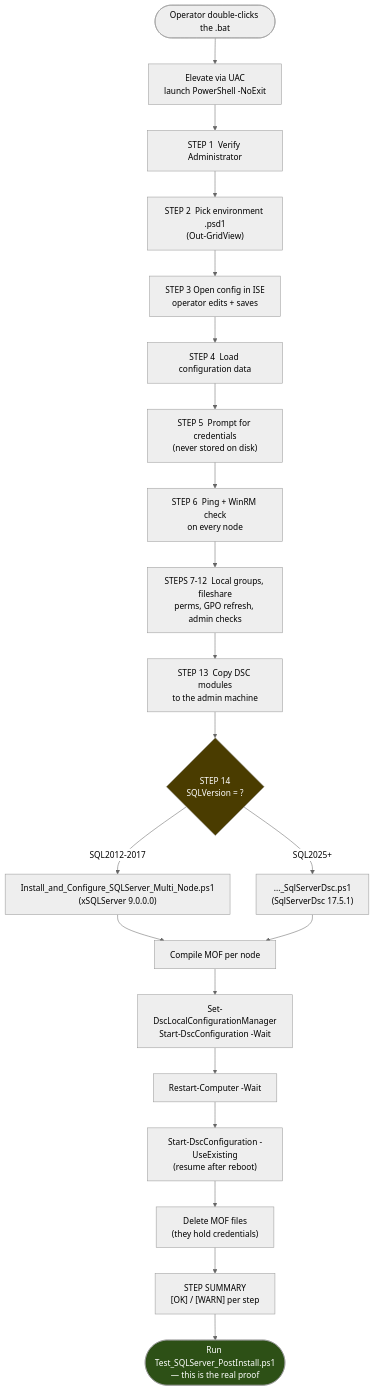
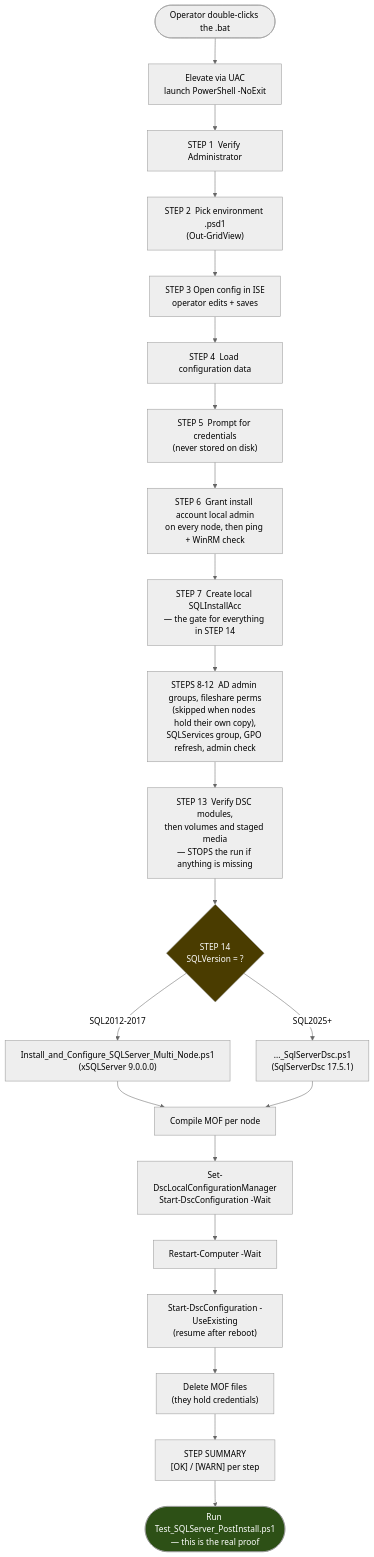
The second of 7 diagrams in SQLInstall/docs/INSTALLATION_FLOW.md (teramuhs-lab/random_repo), drawn with Mermaid (neutral theme) before and after one commit. The commit also changed other lines of this file and 2 other files, not shown here.

````diff
--- a/SQLInstall/docs/INSTALLATION_FLOW.md
+++ b/SQLInstall/docs/INSTALLATION_FLOW.md
@@ -65,28 +65,29 @@
 ```mermaid
 flowchart TD
     START([Operator double-clicks the .bat]) --> ELEV["Elevate via UAC<br/>launch PowerShell -NoExit"]
     ELEV --> S1["STEP 1  Verify Administrator"]
     S1 --> S2["STEP 2  Pick environment .psd1<br/>(Out-GridView)"]
     S2 --> S3["STEP 3  Open config in ISE<br/>operator edits + saves"]
     S3 --> S4["STEP 4  Load configuration data"]
     S4 --> S5["STEP 5  Prompt for credentials<br/>(never stored on disk)"]
-    S5 --> S6["STEP 6  Ping + WinRM check<br/>on every node"]
-    S6 --> S7["STEPS 7-12  Local groups, fileshare<br/>perms, GPO refresh, admin checks"]
-    S7 --> S13["STEP 13  Copy DSC modules<br/>to the admin machine"]
+    S5 --> S6["STEP 6  Grant install account local admin<br/>on every node, then ping + WinRM check"]
+    S6 --> S7["STEP 7  Create local SQLInstallAcc<br/>— the gate for everything in STEP 14"]
+    S7 --> S8["STEPS 8-12  AD admin groups, fileshare perms<br/>(skipped when nodes hold their own copy),<br/>SQLServices group, GPO refresh, admin check"]
+    S8 --> S13["STEP 13  Verify DSC modules,<br/>then volumes and staged media<br/>— STOPS the run if anything is missing"]
     S13 --> PICK{"STEP 14<br/>SQLVersion = ?"}
 
     PICK -- "SQL2012-2017" --> LEGACY["Install_and_Configure_SQLServer_Multi_Node.ps1<br/>(xSQLServer 9.0.0.0)"]
     PICK -- "SQL2025+" --> MODERN["..._SqlServerDsc.ps1<br/>(SqlServerDsc 17.5.1)"]
 
     LEGACY --> COMPILE["Compile MOF per node"]
     MODERN --> COMPILE
     COMPILE --> LCM["Set-DscLocalConfigurationManager<br/>Start-DscConfiguration -Wait"]
     LCM --> REBOOT["Restart-Computer -Wait"]
     REBOOT --> RESUME["Start-DscConfiguration -UseExisting<br/>(resume after reboot)"]
     RESUME --> CLEAN["Delete MOF files<br/>(they hold credentials)"]
     CLEAN --> REPORT["STEP SUMMARY<br/>[OK] / [WARN] per step"]
     REPORT --> VERIFY(["Run Test_SQLServer_PostInstall.ps1<br/>— this is the real proof"])
 
     style VERIFY fill:#2d5016,color:#fff
     style PICK fill:#4a3c00,color:#fff
 ```
````
